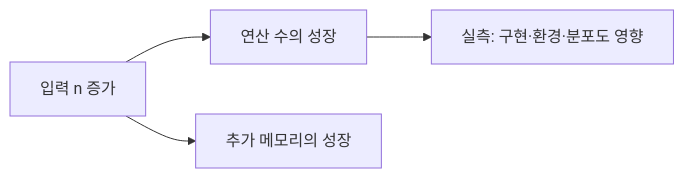
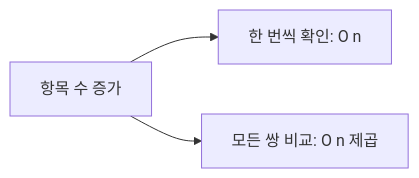
The diagram in content/topics/big-o.md (moocongpapa/it-study), drawn with Mermaid before and after one commit. The commit also changed other lines of this file and 71 other files, not shown here.

````diff
--- a/content/topics/big-o.md
+++ b/content/topics/big-o.md
@@ -6,6 +20,5 @@
 ```mermaid
 flowchart LR
-  A["입력 n 증가"] --> B["연산 수의 성장"]
-  A --> C["추가 메모리의 성장"]
-  B --> D["실측: 구현·환경·분포도 영향"]
+ A["항목 수 증가"] --> B["한 번씩 확인: O n"]
+ A --> C["모든 쌍 비교: O n 제곱"]
 ```
````
